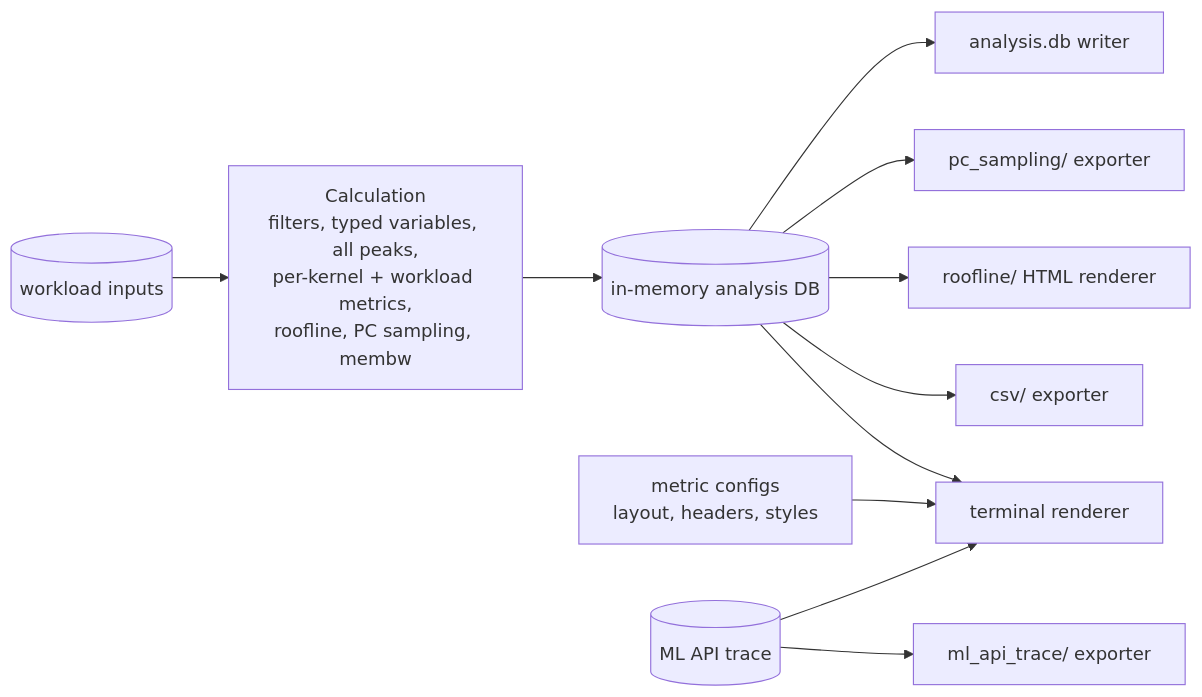
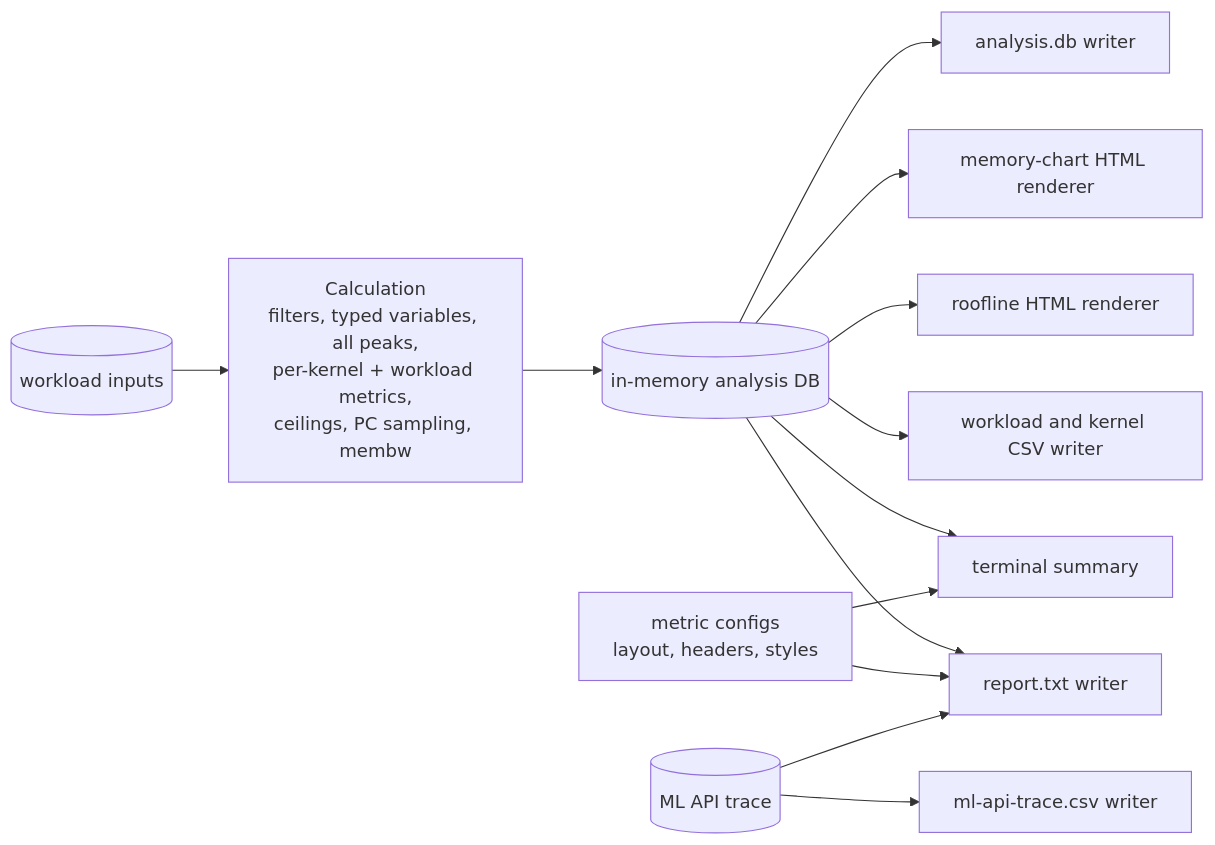
One commit to ROCm/rocm-systems changed the second of 3 diagrams in projects/rocprofiler-compute/docs/design/hld-analyze-unified-output.md. Above: the diagram before and after it, drawn with Mermaid. The commit also changed other lines of this file, not shown here.

````diff
--- a/projects/rocprofiler-compute/docs/design/hld-analyze-unified-output.md
+++ b/projects/rocprofiler-compute/docs/design/hld-analyze-unified-output.md
@@ -157,13 +170,15 @@
 ```mermaid
 flowchart LR
-    IN[("workload inputs")] --> CALC["Calculation<br/>filters, typed variables, all peaks,<br/>per-kernel + workload metrics,<br/>roofline, PC sampling, membw"]
+    IN[("workload inputs")] --> CALC["Calculation<br/>filters, typed variables, all peaks,<br/>per-kernel + workload metrics,<br/>ceilings, PC sampling, membw"]
     CALC --> MDB[("in-memory analysis DB")]
-    MDB --> TTY["terminal renderer"]
-    CFG["metric configs<br/>layout, headers, styles"] --> TTY
-    MDB --> CSV["csv/ exporter"]
-    MDB --> HTML["roofline/ HTML renderer"]
-    MDB --> PCS["pc_sampling/ exporter"]
+    MDB --> SUM["terminal summary"]
+    MDB --> TXT["report.txt writer"]
+    CFG["metric configs<br/>layout, headers, styles"] --> SUM
+    CFG --> TXT
+    MDB --> CSV["workload and kernel CSV writer"]
+    MDB --> RHTML["roofline HTML renderer"]
+    MDB --> MHTML["memory-chart HTML renderer"]
     MDB --> FILE["analysis.db writer"]
-    TRACE[("ML API trace")] --> TTY
-    TRACE --> MLX["ml_api_trace/ exporter"]
+    TRACE[("ML API trace")] --> TXT
+    TRACE --> MLX["ml-api-trace.csv writer"]
 ```
````
